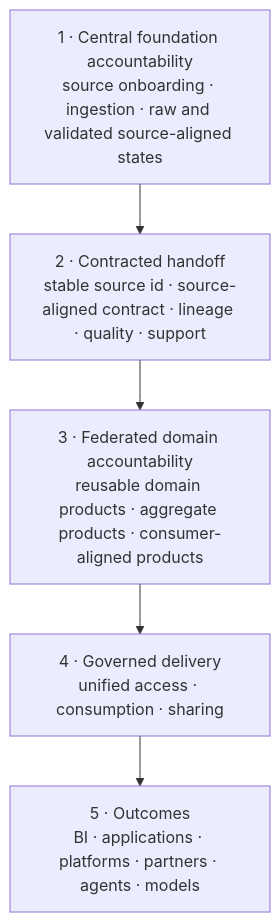
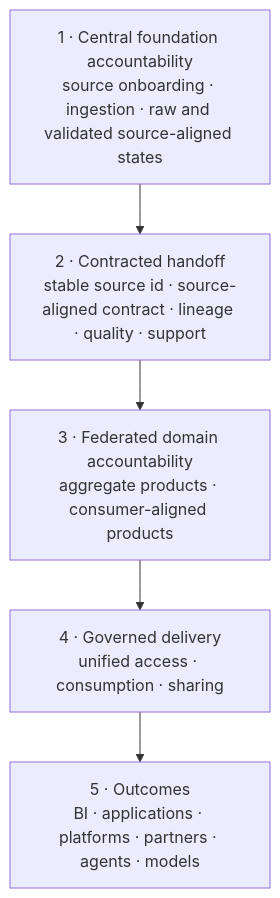
Before and after one commit to cong78/data-foundation-architecture: the diagram in docs/architecture/data-foundation-model.md, drawn with Mermaid. The commit also changed other lines of this file and 13 other files, not shown here.

````diff
--- a/docs/architecture/data-foundation-model.md
+++ b/docs/architecture/data-foundation-model.md
@@ -33,10 +32,10 @@
 ```mermaid
 flowchart TB
     CENTRAL["1 · Central foundation accountability<br/>source onboarding · ingestion · raw and validated source-aligned states"]
     HANDOFF["2 · Contracted handoff<br/>stable source id · source-aligned contract · lineage · quality · support"]
-    FEDERATED["3 · Federated domain accountability<br/>reusable domain products · aggregate products · consumer-aligned products"]
+    FEDERATED["3 · Federated domain accountability<br/>aggregate products · consumer-aligned products"]
     ACCESS["4 · Governed delivery<br/>unified access · consumption · sharing"]
     OUTCOMES["5 · Outcomes<br/>BI · applications · platforms · partners · agents · models"]
 
     CENTRAL --> HANDOFF --> FEDERATED --> ACCESS --> OUTCOMES
 ```
````
